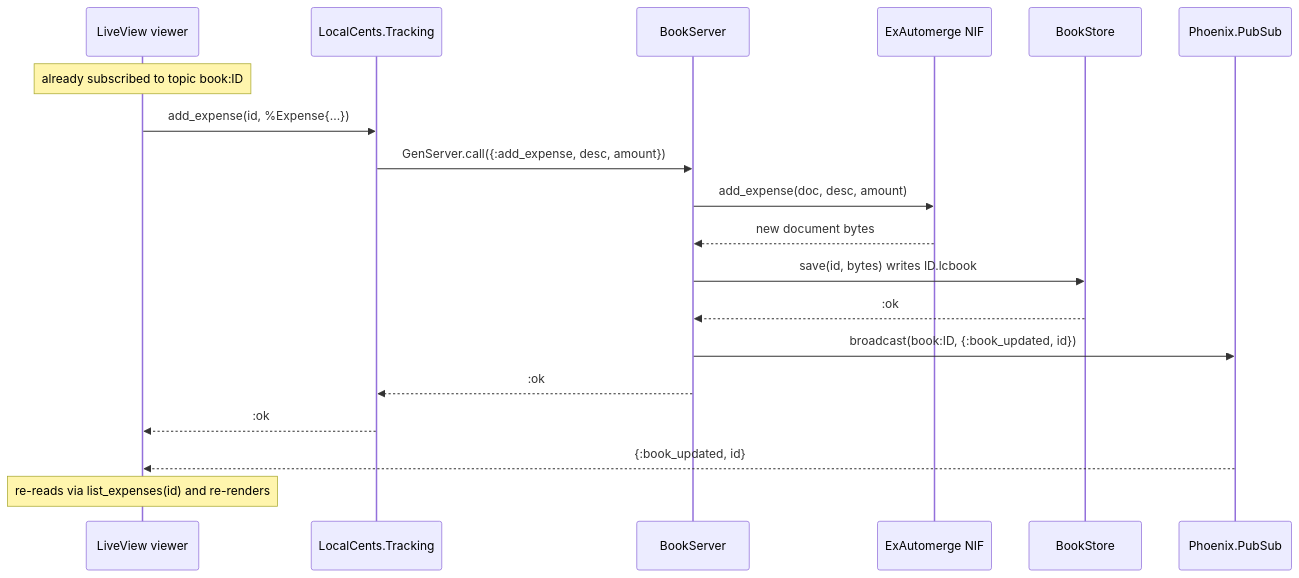
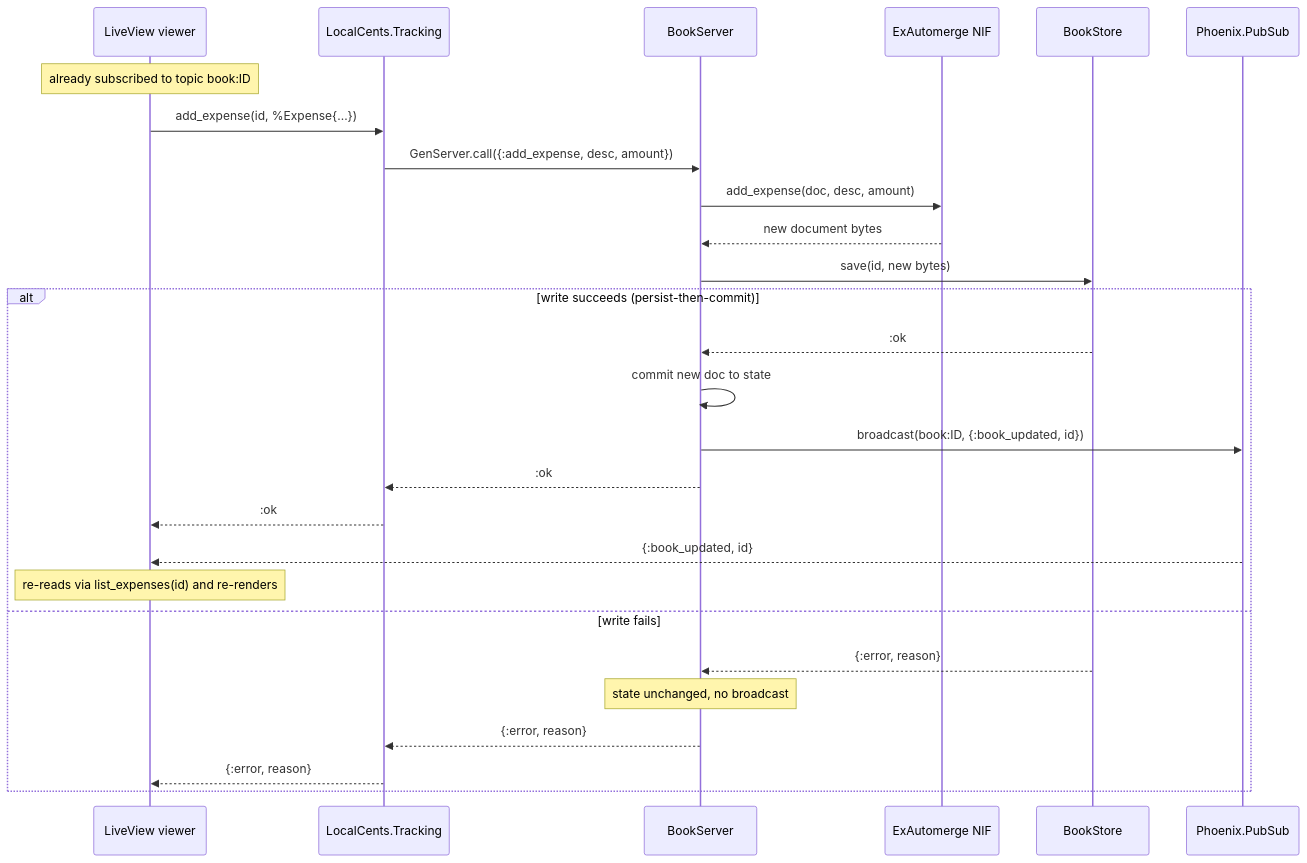
The third of 5 diagrams in docs/book-runtime-architecture.md (zorn/local_cents), drawn with Mermaid before and after one commit. The commit also changed other lines of this file and 4 other files, not shown here.

First line of the commit message:
fix: persist-then-commit in BookServer; correct Application boundary docs

````diff
--- a/docs/book-runtime-architecture.md
+++ b/docs/book-runtime-architecture.md
@@ -99,22 +101,30 @@
 ```mermaid
 sequenceDiagram
     participant LV as LiveView viewer
     participant T as LocalCents.Tracking
     participant BS as BookServer
     participant EA as ExAutomerge NIF
     participant St as BookStore
     participant PS as Phoenix.PubSub
 
     Note over LV: already subscribed to topic book:ID
     LV->>T: add_expense(id, %Expense{...})
     T->>BS: GenServer.call({:add_expense, desc, amount})
     BS->>EA: add_expense(doc, desc, amount)
     EA-->>BS: new document bytes
-    BS->>St: save(id, bytes) writes ID.lcbook
-    St-->>BS: :ok
-    BS->>PS: broadcast(book:ID, {:book_updated, id})
-    BS-->>T: :ok
-    T-->>LV: :ok
-    PS-->>LV: {:book_updated, id}
-    Note over LV: re-reads via list_expenses(id) and re-renders
+    BS->>St: save(id, new bytes)
+    alt write succeeds (persist-then-commit)
+        St-->>BS: :ok
+        BS->>BS: commit new doc to state
+        BS->>PS: broadcast(book:ID, {:book_updated, id})
+        BS-->>T: :ok
+        T-->>LV: :ok
+        PS-->>LV: {:book_updated, id}
+        Note over LV: re-reads via list_expenses(id) and re-renders
+    else write fails
+        St-->>BS: {:error, reason}
+        Note over BS: state unchanged, no broadcast
+        BS-->>T: {:error, reason}
+        T-->>LV: {:error, reason}
+    end
 ```
````
